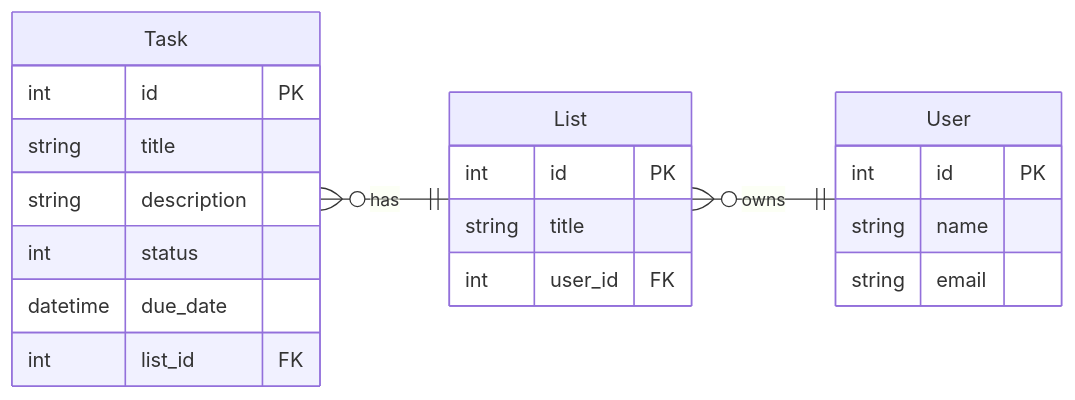
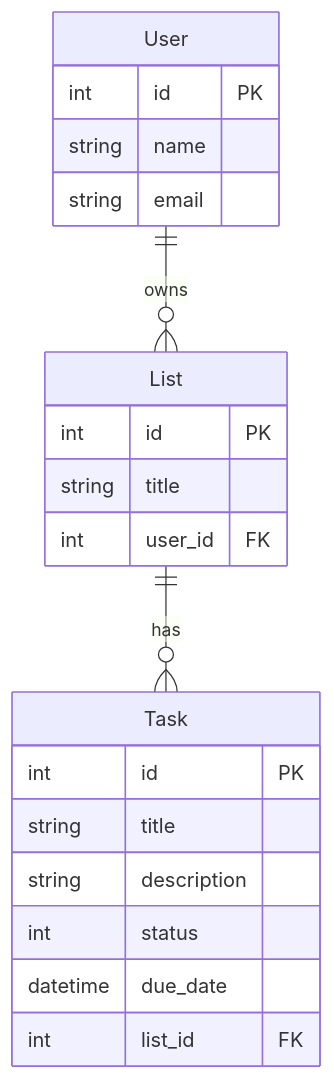
Before and after one commit to raquii/jellyfish-mentor-sessions: the diagram in README.md, drawn with Mermaid.

````diff
--- a/README.md
+++ b/README.md
@@ -23,25 +23,23 @@
 ```mermaid
 erDiagram
-  direction RL
-  
   User {
     int id PK
     string name
     string email
   }
   Task {    
     int id PK
     string title
     string description
     int status
     datetime due_date
     int list_id FK
   }
   List {
     int id PK
     string title
     int user_id FK
   }
   User ||--o{ List : owns
   List ||--o{ Task : has
 ```
````
